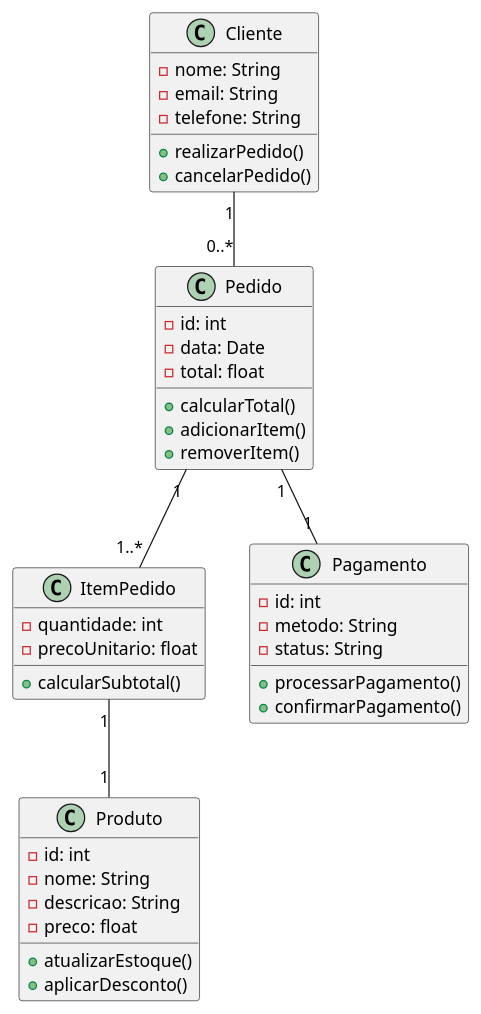
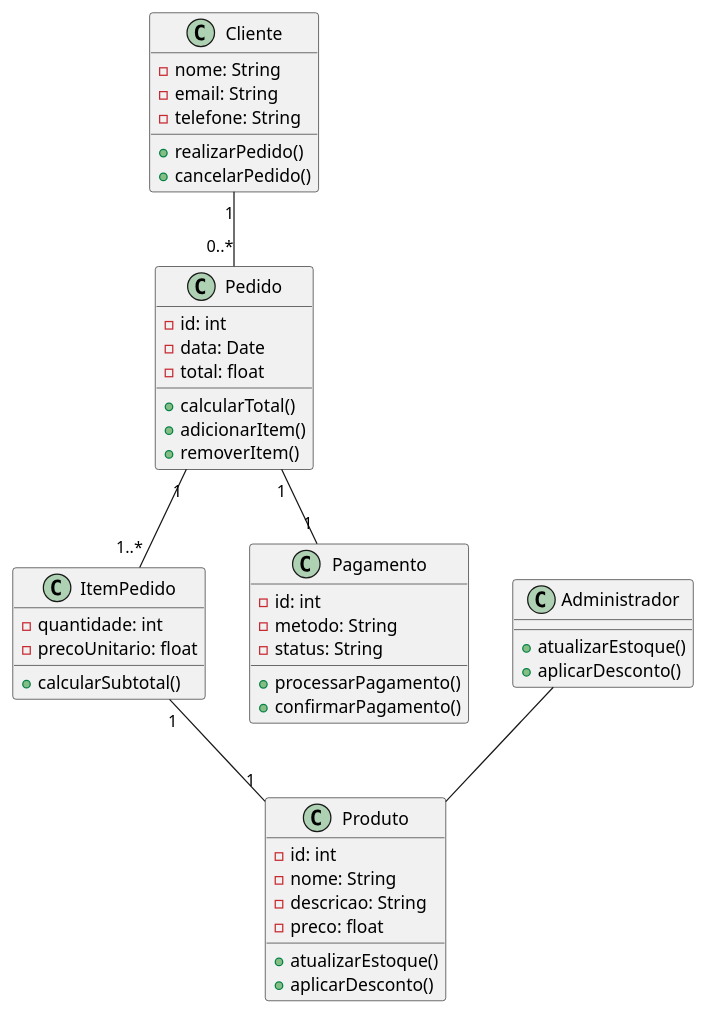
The diagram in Sistema_de_Vendas/sequence.plantuml (jciterceros/VR_Integrador), drawn with PlantUML before and after one commit. The commit also changed 1 other file, not shown here.

Commit message:
add Actor (Administrador) into class diagram

```diff
--- a/Sistema_de_Vendas/sequence.plantuml
+++ b/Sistema_de_Vendas/sequence.plantuml
@@ -1,49 +1,52 @@
 @startuml
 class Cliente {
   - nome: String
   - email: String
   - telefone: String
   + realizarPedido()
   + cancelarPedido()
+}
+
+class Administrador {
+  + atualizarEstoque()
+  + aplicarDesconto()
 }
 
 class Produto {
   - id: int
   - nome: String
   - descricao: String
   - preco: float
   + atualizarEstoque()
   + aplicarDesconto()
 }
 
 class Pedido {
   - id: int
   - data: Date
   - total: float
   + calcularTotal()
   + adicionarItem()
   + removerItem()
 }
 
 class ItemPedido {
   - quantidade: int
   - precoUnitario: float
   + calcularSubtotal()
 }
 
 class Pagamento {
   - id: int
   - metodo: String
   - status: String
   + processarPagamento()
   + confirmarPagamento()
 }
 
-' Cliente --> Pedido
-' Pedido --> ItemPedido
-' Pedido --> Pagamento
 Cliente "1" -- "0..*" Pedido
+Administrador -- Produto
 Pedido "1" -- "1..*" ItemPedido
 ItemPedido "1" -- "1" Produto
 Pedido "1" -- "1" Pagamento
 @enduml
```
